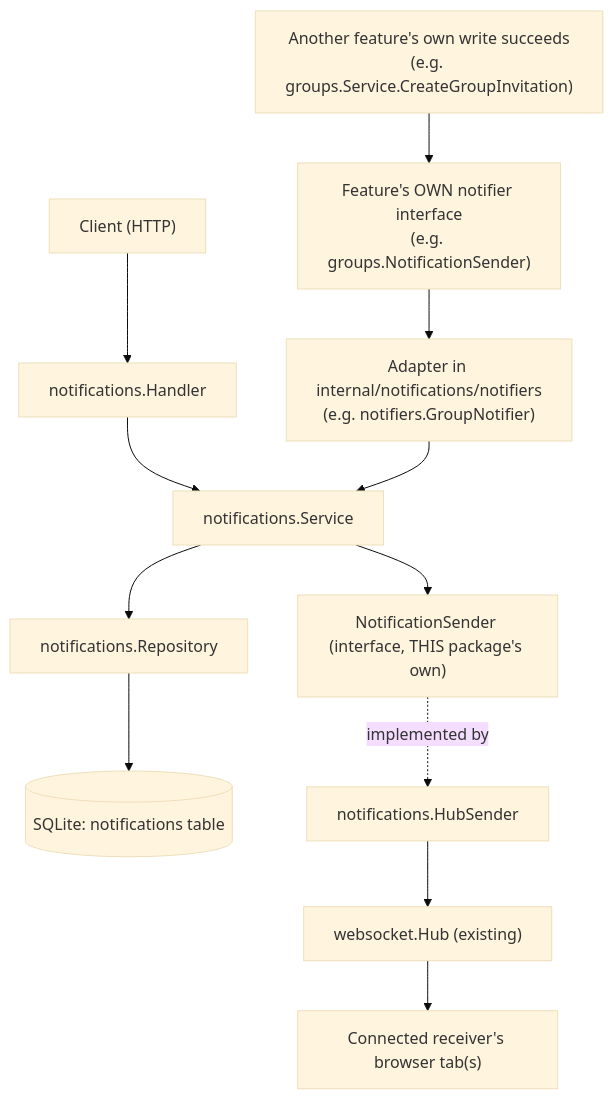
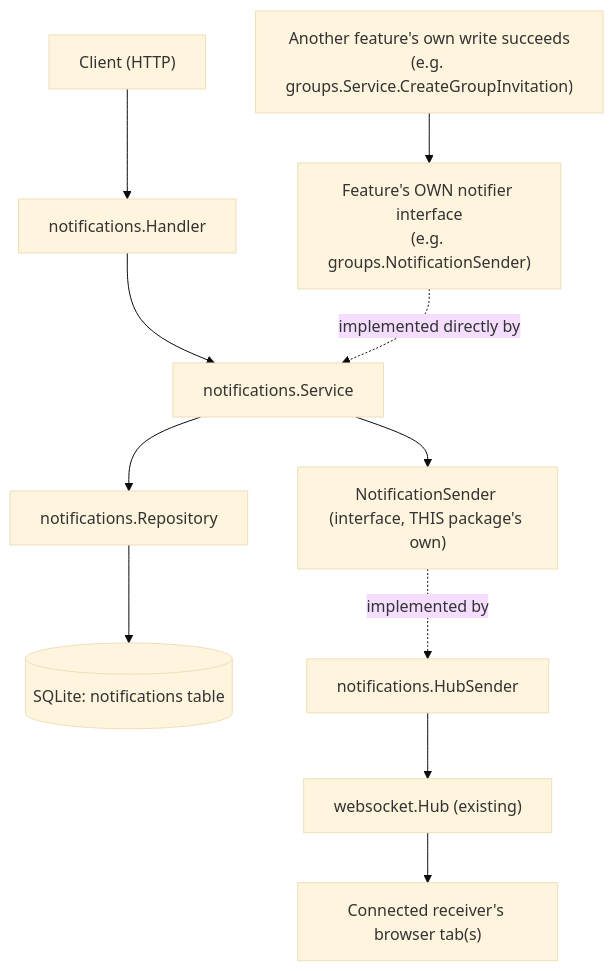
The diagram in docs/backend_docs/notifications.md (hussainhht/Spacial-Network), drawn with Mermaid (base theme) before and after one commit. The commit also changed other lines of this file and 2 other files, not shown here.

Commit message:
docs(notifications): add comment about date formatting utility

````diff
--- a/docs/backend_docs/notifications.md
+++ b/docs/backend_docs/notifications.md
@@ -83,17 +100,16 @@
 ```mermaid
 flowchart TD
     Client["Client (HTTP)"] --> Handler["notifications.Handler"]
     Handler --> Service["notifications.Service"]
 
     FeatureAction["Another feature's own write succeeds\n(e.g. groups.Service.CreateGroupInvitation)"] --> FeatureNotifier["Feature's OWN notifier interface\n(e.g. groups.NotificationSender)"]
-    FeatureNotifier --> Adapter["Adapter in internal/notifications/notifiers\n(e.g. notifiers.GroupNotifier)"]
-    Adapter --> Service
+    FeatureNotifier -. "implemented directly by" .-> Service
 
     Service --> Repo["notifications.Repository"]
     Repo --> DB[("SQLite: notifications table")]
 
     Service --> Sender["NotificationSender (interface, THIS package's own)"]
     Sender -.implemented by.-> HubSender["notifications.HubSender"]
     HubSender --> Hub["websocket.Hub (existing)"]
     Hub --> Connected["Connected receiver's browser tab(s)"]
 ```
````
